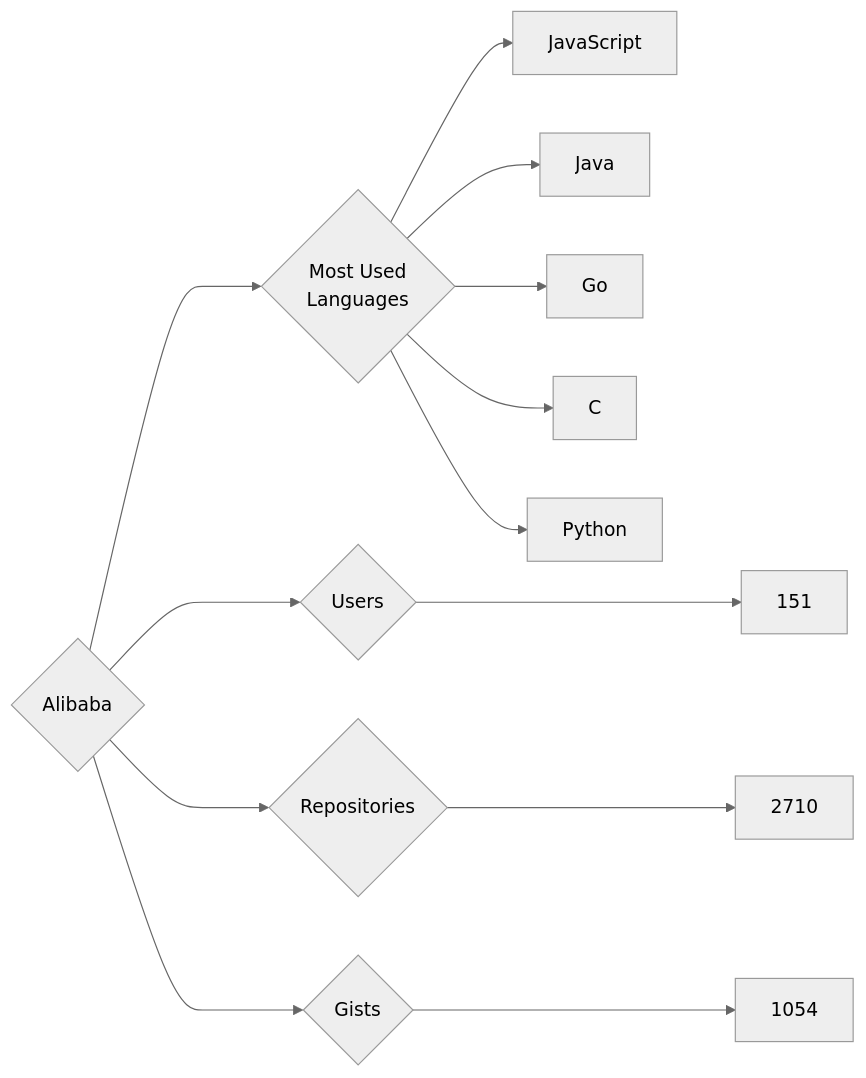
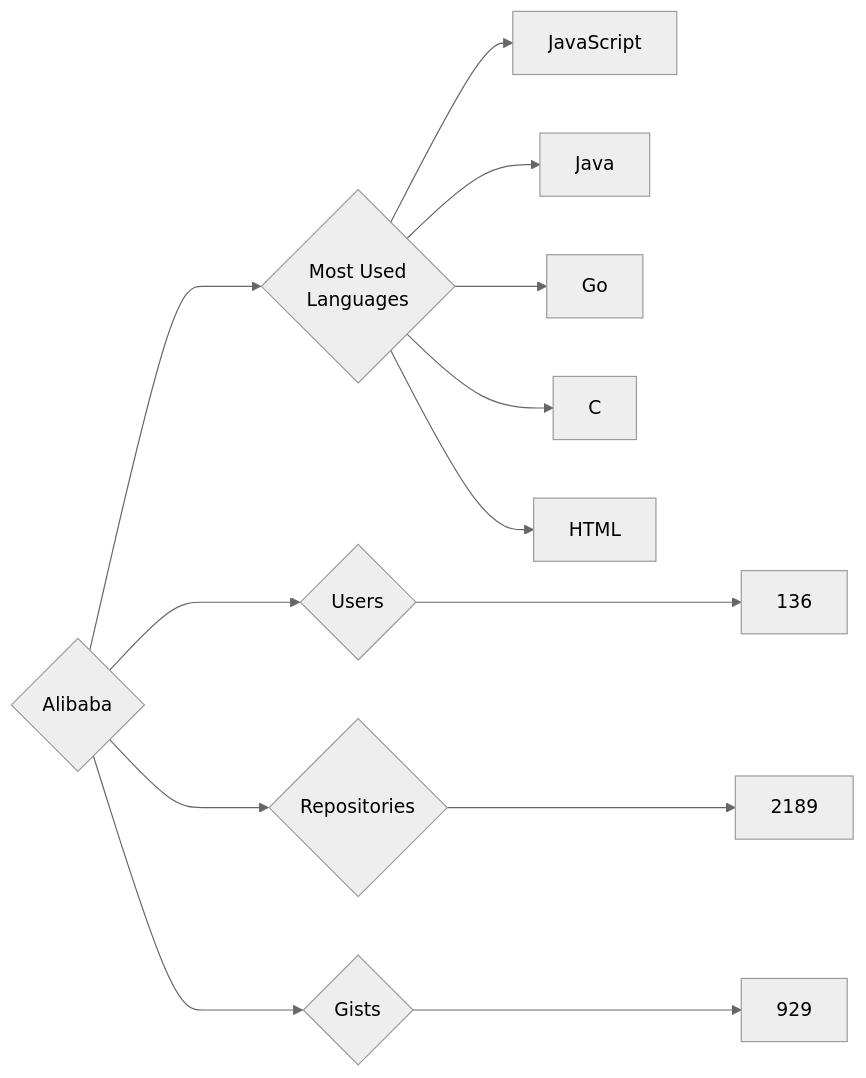
The diagram in targets/Alibaba/README.md (trickest/insiders), drawn with Mermaid (neutral theme) before and after one commit. The commit also changed 622 other files, not shown here.

````diff
--- a/targets/Alibaba/README.md
+++ b/targets/Alibaba/README.md
@@ -3,13 +3,13 @@
 ```mermaid
 graph LR
 COMPANY_NAME{Alibaba}
-COMPANY_NAME ---> U{Users} ---> UN[151]
-COMPANY_NAME ---> R{Repositories} ---> RN[2710]
-COMPANY_NAME ---> G{Gists} ---> GN[1054]
+COMPANY_NAME ---> U{Users} ---> UN[136]
+COMPANY_NAME ---> R{Repositories} ---> RN[2189]
+COMPANY_NAME ---> G{Gists} ---> GN[929]
 COMPANY_NAME ---> ML{Most Used<br>Languages}
 ML --> JavaScript[JavaScript]
 ML --> Java[Java]
 ML --> Go[Go]
 ML --> C[C]
-ML --> Python[Python]
+ML --> HTML[HTML]
 ```
````
